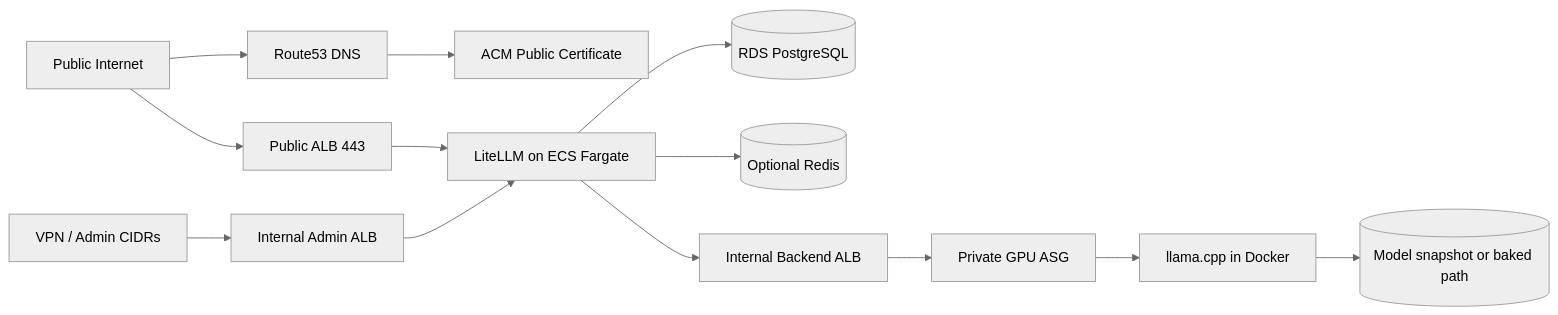
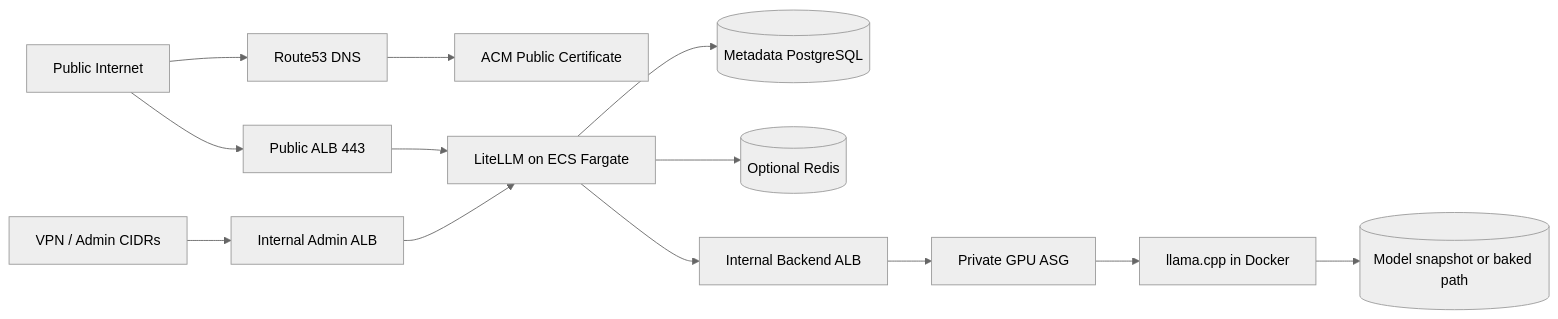
One commit to chrsandb/aws-llm-hosting changed the diagram in README.md. Above: the diagram before and after it, drawn with Mermaid (neutral theme). The commit also changed other lines of this file and 16 other files, not shown here.

````diff
--- a/README.md
+++ b/README.md
@@ -29,15 +29,15 @@
 ```mermaid
 flowchart LR
   Internet[Public Internet] --> DNS[Route53 DNS]
   DNS --> ACM[ACM Public Certificate]
   Internet --> PublicALB[Public ALB 443]
   PublicALB --> LiteLLM[LiteLLM on ECS Fargate]
   Admin[VPN / Admin CIDRs] --> AdminALB[Internal Admin ALB]
   AdminALB --> LiteLLM
-  LiteLLM --> Postgres[(RDS PostgreSQL)]
+  LiteLLM --> Postgres[(Metadata PostgreSQL)]
   LiteLLM --> Redis[(Optional Redis)]
   LiteLLM --> BackendALB[Internal Backend ALB]
   BackendALB --> ASG[Private GPU ASG]
   ASG --> Llama[llama.cpp in Docker]
   Llama --> Model[(Model snapshot or baked path)]
 ```
````
